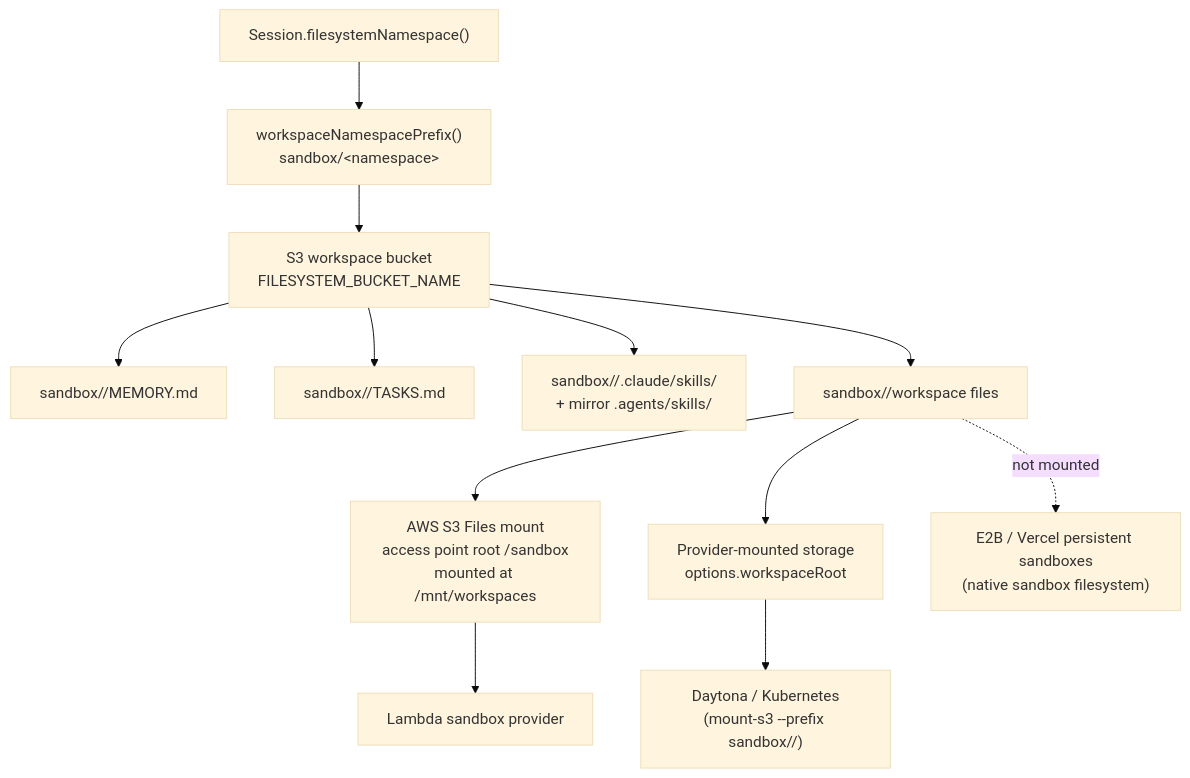
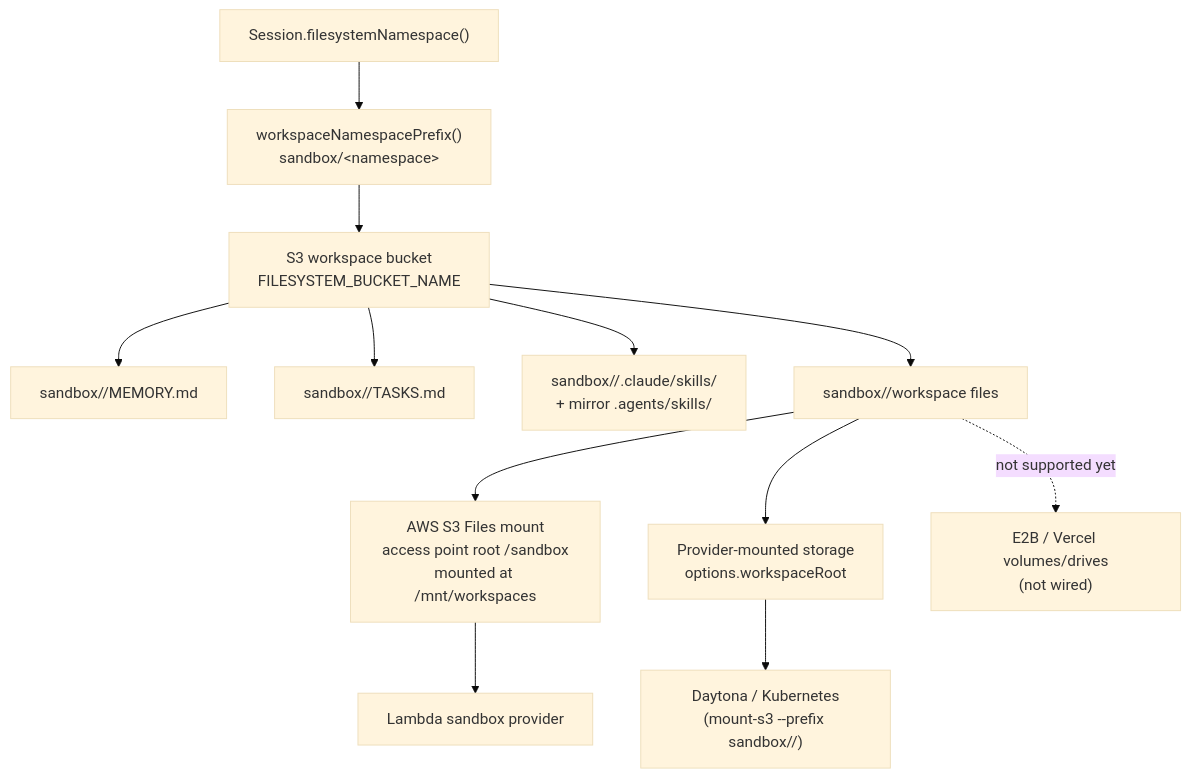
One commit to beeblastco/broods changed the diagram in apps/docs/docs/workspace/storage.md. Above: the diagram before and after it, drawn with Mermaid (base theme). The commit also changed other lines of this file and 125 other files, not shown here.

````diff
--- a/apps/docs/docs/workspace/storage.md
+++ b/apps/docs/docs/workspace/storage.md
@@ -35,14 +34,14 @@
 ```mermaid
 flowchart TD
   Namespace["Session.filesystemNamespace()"] --> Prefix["workspaceNamespacePrefix()<br/>sandbox/&lt;namespace&gt;"]
   Prefix --> S3["S3 workspace bucket<br/>FILESYSTEM_BUCKET_NAME"]
   S3 --> Memory["sandbox/<namespace>/MEMORY.md"]
   S3 --> Tasks["sandbox/<namespace>/TASKS.md"]
   S3 --> Skills["sandbox/<namespace>/.claude/skills/<name><br/>+ mirror .agents/skills/<name>"]
   S3 --> Files["sandbox/<namespace>/workspace files"]
   Files --> S3Files["AWS S3 Files mount<br/>access point root /sandbox<br/>mounted at /mnt/workspaces"]
   S3Files --> Lambda["Lambda sandbox provider"]
   Files --> ExternalMount["Provider-mounted storage<br/>options.workspaceRoot"]
   ExternalMount --> Daytona["Daytona / Kubernetes<br/>(mount-s3 --prefix sandbox/<namespace>/)"]
-  Files -.->|"not mounted"| NativeFS["E2B / Vercel persistent sandboxes<br/>(native sandbox filesystem)"]
+  Files -.->|"not supported yet"| NativeFS["E2B / Vercel volumes/drives<br/>(not wired)"]
 ```
````
